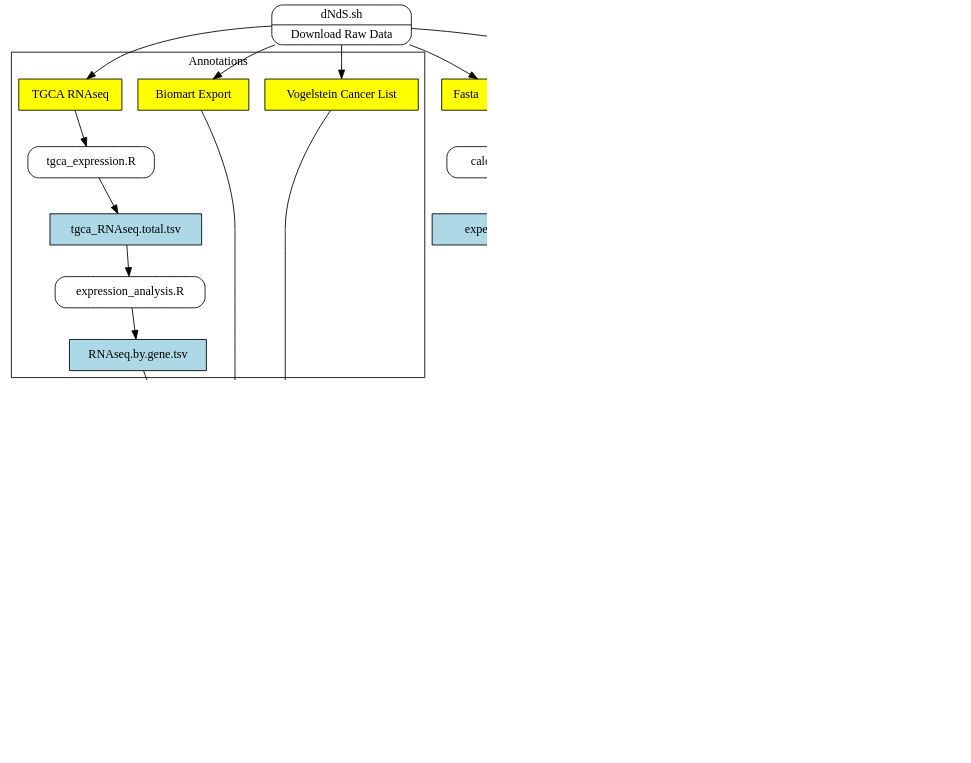
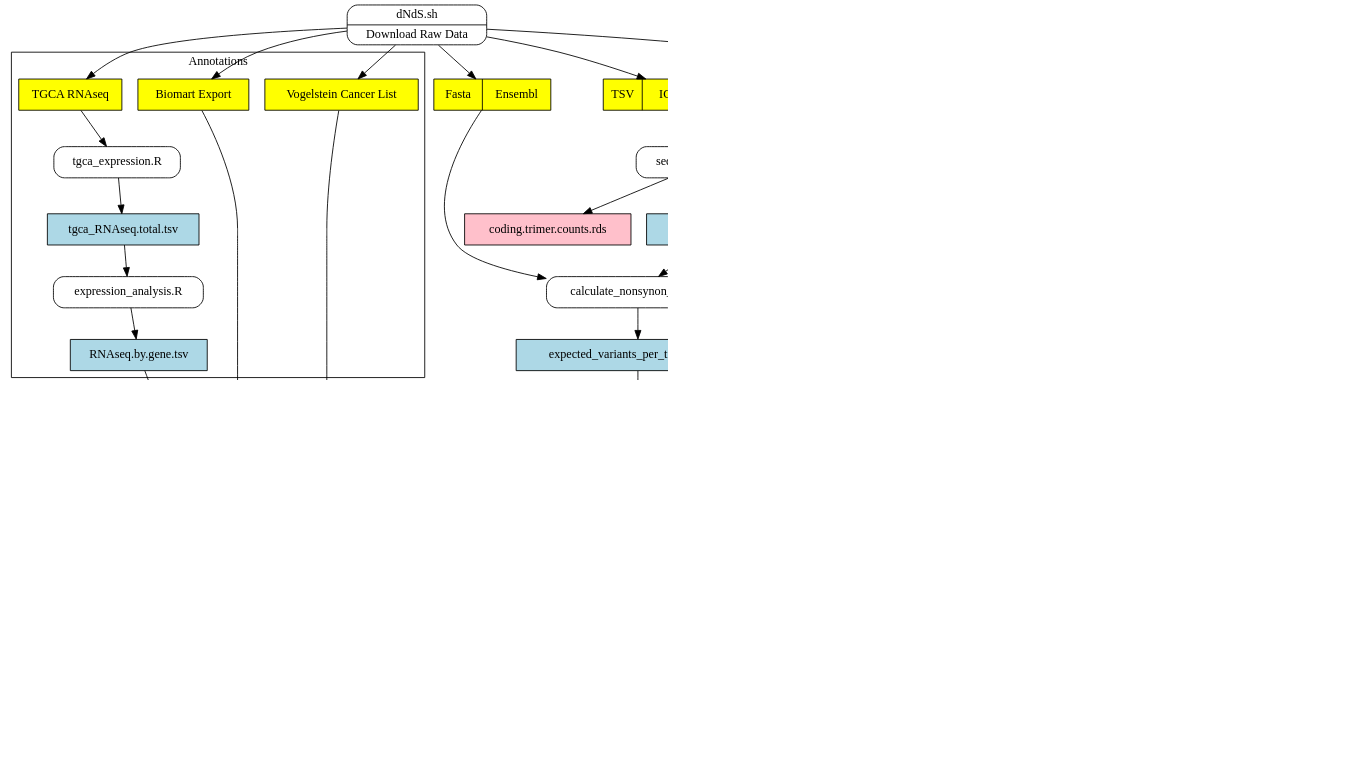
Before and after one commit to daniel-wells/somatic-selection: the diagram in data_flow_diagram.gv, drawn with Graphviz. The commit also changed 1 other file, not shown here.

Commit message:
update data flow diagram with sequence_context.R

```diff
--- a/data_flow_diagram.gv
+++ b/data_flow_diagram.gv
@@ -1,76 +1,86 @@
 # create on the command line by:
 # dot -Tpng data_flow_diagram.gv -o data_flow_diagram.png
 digraph dfd2{
 	graph [ dpi = 150 ]; 
         node[shape=record]
         subgraph level0{
         enti1 [label="Fasta | Ensembl", style=filled, fillcolor=yellow];
         enti2 [label="VFC | ICGC aggregated", style=filled, fillcolor=yellow];
-                        {rank=same; enti1, enti2}
+        enti6 [label="TSV | ICGC Project SSM", style=filled, fillcolor=yellow];
+                        {rank=same; enti1, enti2, enti6}
 
         enti5 [label="expected_variants_per_transcript.tsv" shape=box, style=filled, fillcolor=lightblue];
         enti8 [label="observed_variants_by_transcript.tsv" shape=box, style=filled, fillcolor=lightblue];
         enti9 [label="dNdS_by_transcript.tsv" shape=box, style=filled, fillcolor=lightblue];
         enti10 [label="dNdS_by_gene.tsv" shape=box, style=filled, fillcolor=green];
         enti11 [label="Graphs.pdf" shape=box, style=filled, fillcolor=green];
         enti14 [label="simple_somatic_mutation.aggregated.filtered.vcf" shape=box, style=filled, fillcolor=lightblue];
         enti15 [label="observed_variants_by_transcript.filtered.tsv" shape=box, style=filled, fillcolor=lightblue];
+        enti16 [label="single.base.coding.substitutions.rds" shape=box, style=filled, fillcolor=pink];
+        enti17 [label="coding.trimer.counts.rds" shape=box, style=filled, fillcolor=pink];
+        enti18 [label="motif.probabilities.rds" shape=box, style=filled, fillcolor=lightblue];
 
         proc1 [label="calculate_nonsynon_sites.R}" shape=Mrecord];
         proc3 [label="calculate_dNdS.R}" shape=Mrecord];
         proc4 [label="analyse_dNdS.R}" shape=Mrecord];
         proc5 [label="flatten_vcf.py}" shape=Mrecord];
         proc8 [label="{dNdS.sh|Download Raw Data}" shape=Mrecord];
         proc9 [label="{dNdS.sh|Filter}" shape=Mrecord];
         proc10 [label="{dNdS.sh|Filter}" shape=Mrecord];
+        proc11 [label="{sequence_context.R}" shape=Mrecord];
         }
 
        subgraph cluster_level1{
                         label ="Annotations" rank="max";
         		enti3 [label="Biomart Export" shape=box, style=filled, fillcolor=yellow];
 	        	enti4 [label="Vogelstein Cancer List" shape=box, style=filled, fillcolor=yellow];
 	        	enti12 [label="TGCA RNAseq" shape=box, style=filled, fillcolor=yellow];
 
 			enti7 [label="tgca_RNAseq.total.tsv" shape=box, style=filled, fillcolor=lightblue];
 			enti13 [label="RNAseq.by.gene.tsv" shape=box, style=filled, fillcolor=lightblue];
 
 	        	proc6 [label="tgca_expression.R}" shape=Mrecord];
 	        	proc7 [label="expression_analysis.R}" shape=Mrecord];
 
                        # store1 [label="<f0>    |<f1> Data store one"];
                        # store2 [label="<f0>   |<f1> Data store two"];
                        # {rank=same; store1, store2}
 
         }
 
 	subgraph cluster_level2{
                         label ="Key" fontsize="25" rank="min";
         		raw [label="Raw Data" shape=box, style=filled, fillcolor=yellow];
-			data [label="Intermediate Data" shape=box, style=filled, fillcolor=lightblue];
-		       results [label="Result" shape=box, style=filled, fillcolor=green];
+		data [label="Intermediate Data" shape=box, style=filled, fillcolor=lightblue];
+		cachedata [label="Cached Data" shape=box, style=filled, fillcolor=pink];
+	       results [label="Result" shape=box, style=filled, fillcolor=green];
 	        	script [label="Script" shape=Mrecord];
         }
 
 	# Download Data
-	proc8 -> {enti1, enti2,enti3,enti4,enti12}
+	proc8 -> {enti1, enti2, enti3, enti4, enti12, enti6}
+	
+	enti6 -> proc11
+	proc11 -> {enti16,enti17,enti18}
+	enti18 -> proc1
 	
 	# Ensembl Fasta
 	enti1 -> proc1 -> enti5 -> proc3
 
 	# ICGC VCF
 	enti2 -> proc9 -> enti14 -> proc5-> enti8-> proc10-> enti15 -> proc3
 
 	# Calculate dNdS to results
 	proc3 -> enti9 -> proc4 -> {enti10 enti11}
 
 	# Add annotations
 	{enti3,enti4} -> proc4 
 
 	# RNA Expression
 	enti12 -> proc6 -> enti7 -> proc7 -> enti13 -> proc4
 
 	# Key
 #	raw -> script -> data -> results [style=invis]
 	 enti9 -> script  [style=invis, minlen=2]
 
 }
```
